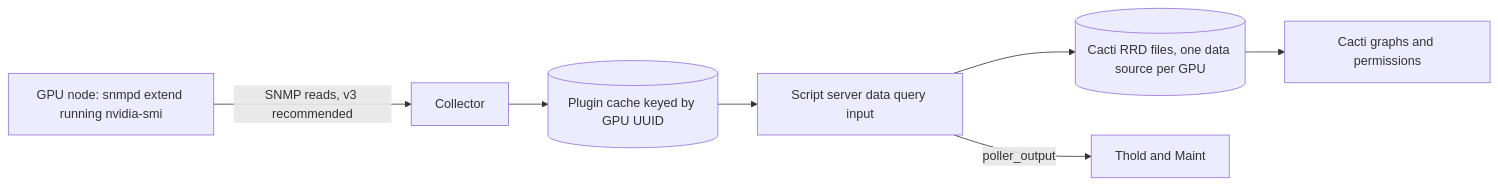
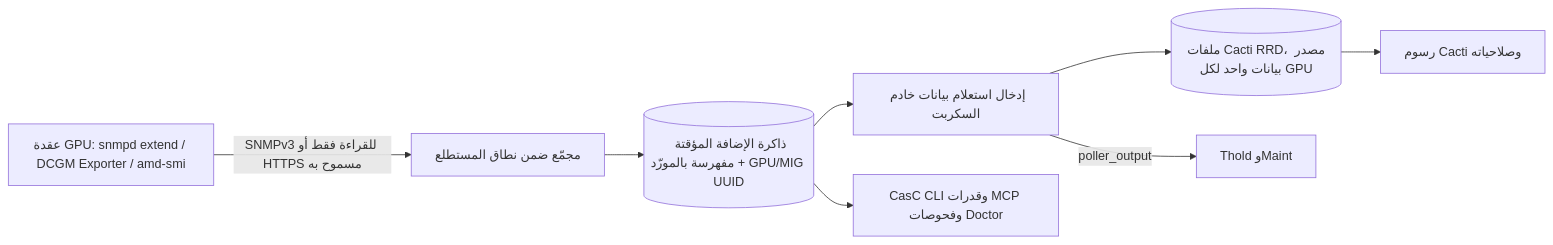
The diagram in docs/i18n/ar-SA/README.md (somethingwithproof/plugin_gpu), drawn with Mermaid before and after one commit. The commit also changed other lines of this file and 47 other files, not shown here.

````diff
--- a/docs/i18n/ar-SA/README.md
+++ b/docs/i18n/ar-SA/README.md
@@ -115,9 +115,10 @@
 ```mermaid
 flowchart LR
-    NODE[GPU node: snmpd extend running nvidia-smi] -->|SNMP reads, v3 recommended| C[Collector]
-    C --> CACHE[(Plugin cache keyed by GPU UUID)]
-    CACHE --> SS[Script server data query input]
-    SS --> RRD[(Cacti RRD files, one data source per GPU)]
-    SS -->|poller_output| T[Thold and Maint]
-    RRD --> G[Cacti graphs and permissions]
+    NODE["عقدة GPU: snmpd extend / DCGM Exporter / amd-smi"] -->|SNMPv3 للقراءة فقط أو HTTPS مسموح به| C["مجمّع ضمن نطاق المستطلع"]
+    C --> CACHE[("ذاكرة الإضافة المؤقتة مفهرسة بالمورّد + GPU/MIG UUID")]
+    CACHE --> SS["إدخال استعلام بيانات خادم السكربت"]
+    CACHE --> ECO["CasC CLI وقدرات MCP وفحوصات Doctor"]
+    SS --> RRD[("ملفات Cacti RRD، مصدر بيانات واحد لكل GPU")]
+    SS -->|poller_output| T["Thold وMaint"]
+    RRD --> G["رسوم Cacti وصلاحياته"]
 ```
````
